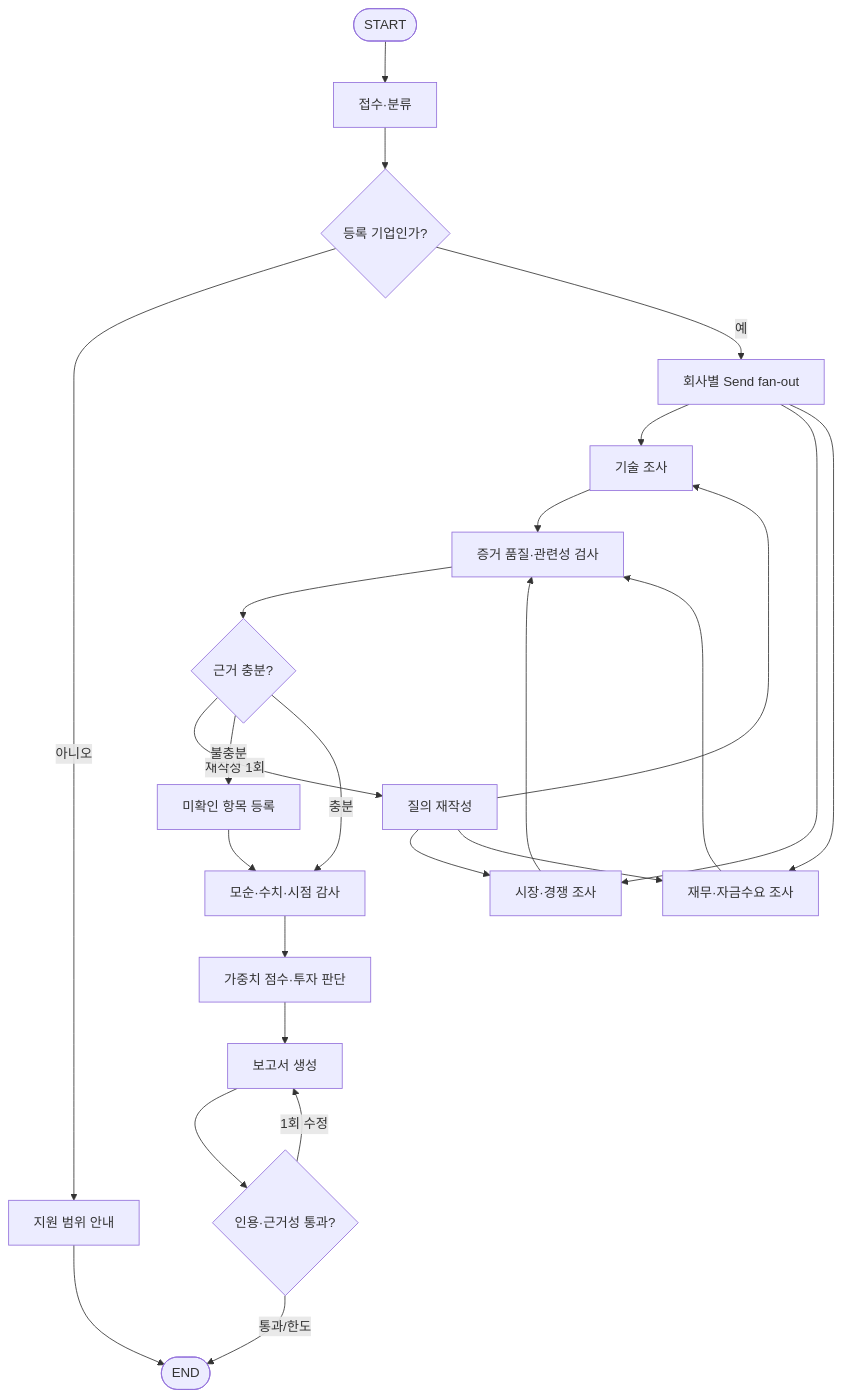
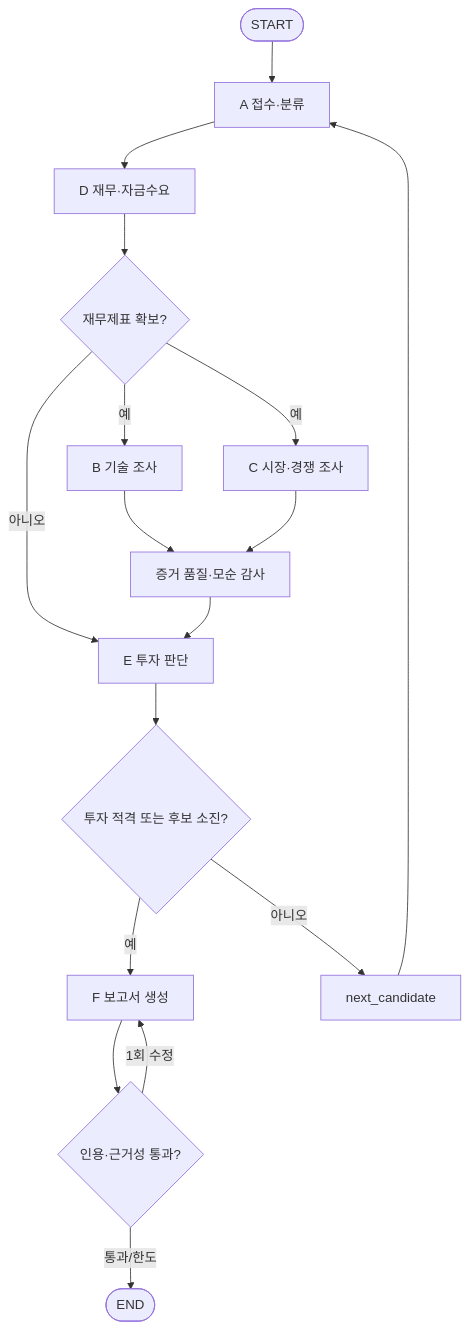
The third of 3 diagrams in docs/implementation-design.md (jihun-24k/skala-rag-pipeline), drawn with Mermaid before and after one commit. The commit also changed other lines of this file and 17 other files, not shown here.

````diff
--- a/docs/implementation-design.md
+++ b/docs/implementation-design.md
@@ -306,31 +312,19 @@
 ```mermaid
 flowchart TD
-    S([START]) --> A[접수·분류]
-    A --> B{등록 기업인가?}
-    B -- 아니오 --> X[지원 범위 안내]
-    B -- 예 --> P[회사별 Send fan-out]
-
-    P --> T[기술 조사]
-    P --> M[시장·경쟁 조사]
-    P --> F[재무·자금수요 조사]
-
-    T --> Q[증거 품질·관련성 검사]
-    M --> Q
-    F --> Q
-
-    Q --> R{근거 충분?}
-    R -- 재작성 1회 --> W[질의 재작성]
-    W --> T
-    W --> M
-    W --> F
-    R -- 불충분 --> U[미확인 항목 등록]
-    R -- 충분 --> C[모순·수치·시점 감사]
-    U --> C
-
-    C --> D[가중치 점수·투자 판단]
-    D --> G[보고서 생성]
-    G --> H{인용·근거성 통과?}
-    H -- 1회 수정 --> G
-    H -- 통과/한도 --> E([END])
-    X --> E
+    S([START]) --> A[A 접수·분류]
+    A --> D[D 재무·자금수요]
+    D --> FG{재무제표 확보?}
+    FG -- 예 --> B[B 기술 조사]
+    FG -- 예 --> C[C 시장·경쟁 조사]
+    FG -- 아니오 --> E[E 투자 판단]
+    B --> Q[증거 품질·모순 감사]
+    C --> Q
+    Q --> E
+    E --> R{투자 적격 또는 후보 소진?}
+    R -- 예 --> F[F 보고서 생성]
+    R -- 아니오 --> N[next_candidate]
+    N --> A
+    F --> H{인용·근거성 통과?}
+    H -- 1회 수정 --> F
+    H -- 통과/한도 --> X([END])
 ```
````
